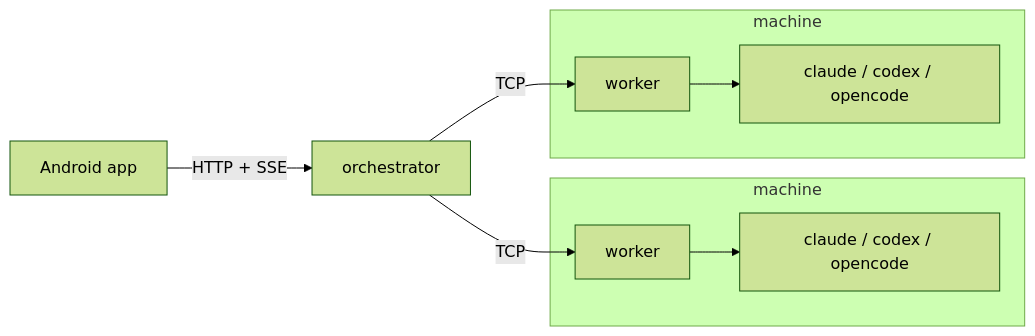
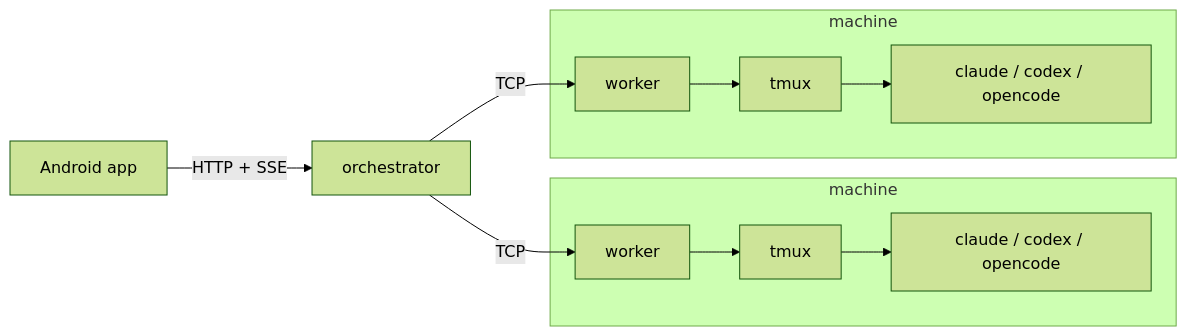
Before and after one commit to Force67/dewy: the diagram in README.md, drawn with Mermaid (forest theme). The commit also changed other lines of this file and 51 other files, not shown here.

````diff
--- a/README.md
+++ b/README.md
@@ -9,12 +9,12 @@
 ```mermaid
 flowchart LR
   app[Android app] -- HTTP + SSE --> orch[orchestrator]
   orch -- TCP --> w1
   orch -- TCP --> w2
   subgraph m1 [machine]
-    w1[worker] --> a1[claude / codex / opencode]
+    w1[worker] --> t1[tmux] --> a1[claude / codex / opencode]
   end
   subgraph m2 [machine]
-    w2[worker] --> a2[claude / codex / opencode]
+    w2[worker] --> t2[tmux] --> a2[claude / codex / opencode]
   end
 ```
````
